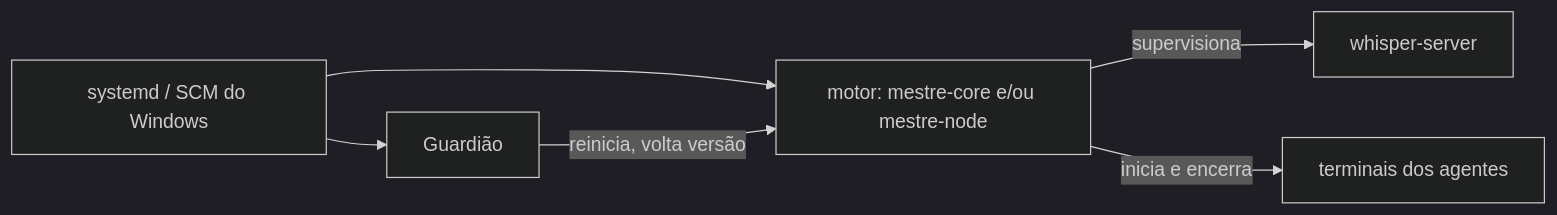
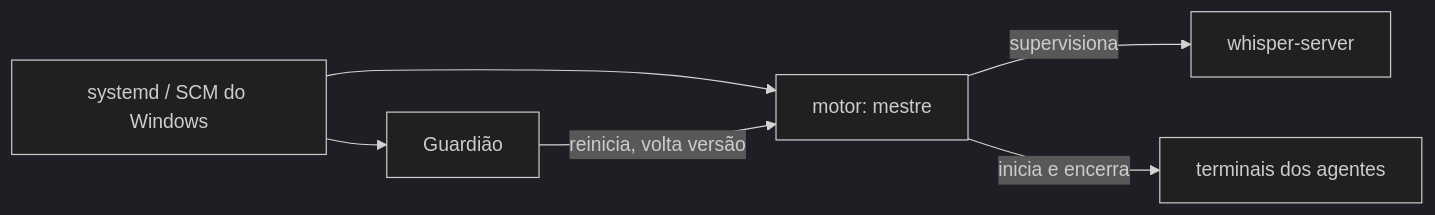
One commit to lucasndas/mestre changed the diagram in docs/arquitetura/componentes.md. Above: the diagram before and after it, drawn with Mermaid (dark theme). The commit also changed other lines of this file and 142 other files, not shown here.

````diff
--- a/docs/arquitetura/componentes.md
+++ b/docs/arquitetura/componentes.md
@@ -103,8 +100,8 @@
 ```mermaid
 flowchart LR
   SO[systemd / SCM do Windows] --> G[Guardião]
-  SO --> M[motor: mestre-core e/ou mestre-node]
+  SO --> M[motor: mestre]
   G -- reinicia, volta versão --> M
   M -- supervisiona --> W[whisper-server]
   M -- inicia e encerra --> T[terminais dos agentes]
 ```
````
